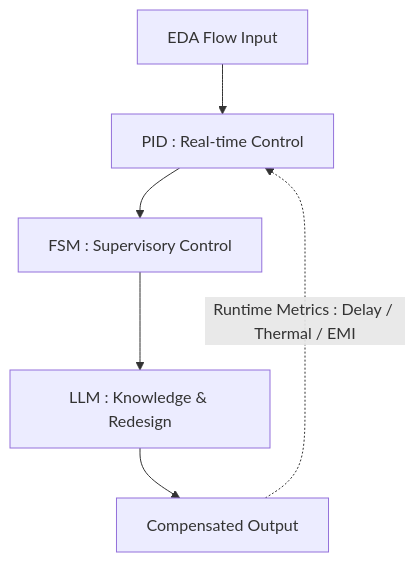
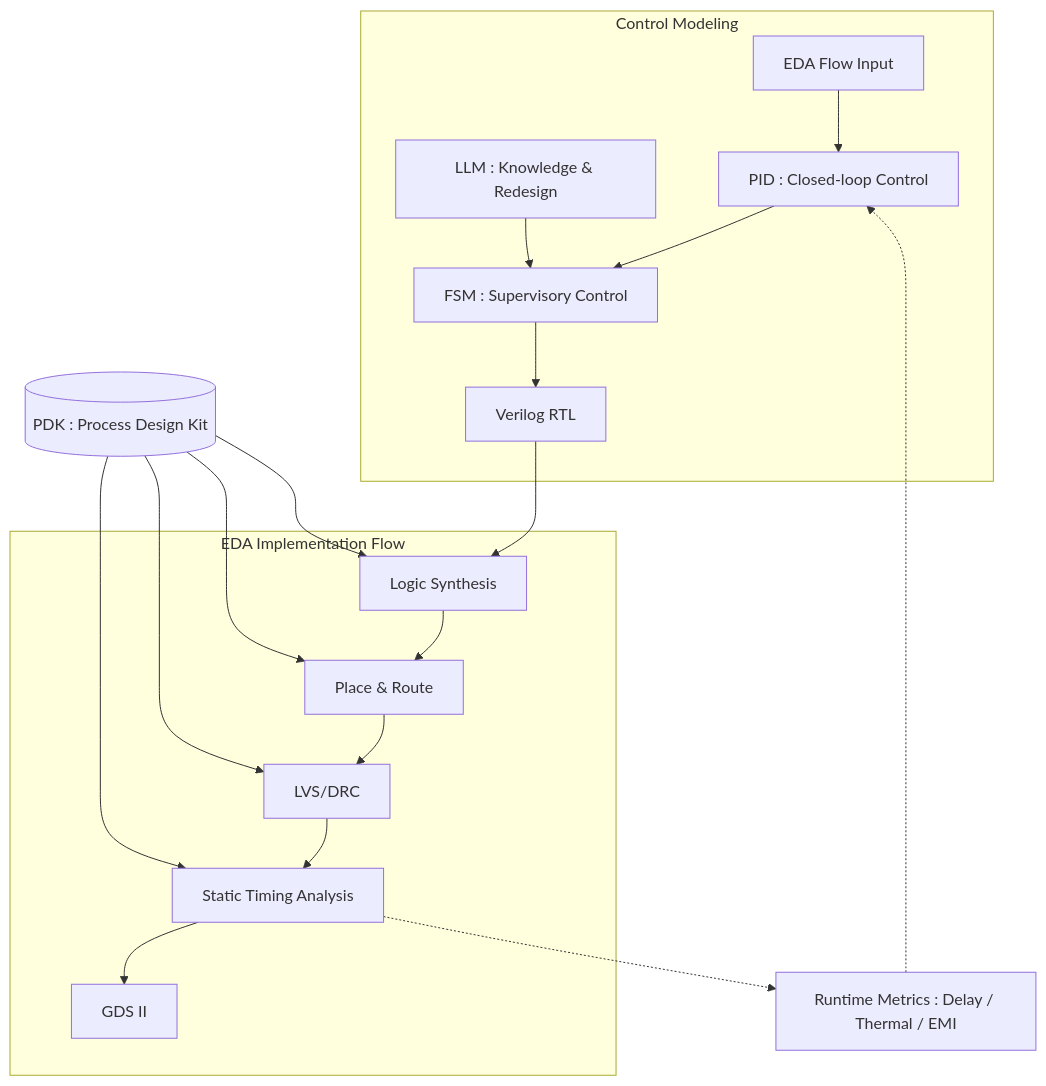
Before and after one commit to Samizo-AITL/Edusemi-v4x: the diagram in f_chapter6_research/README.md, drawn with Mermaid.

````diff
--- a/f_chapter6_research/README.md
+++ b/f_chapter6_research/README.md
@@ -45,10 +45,27 @@
 ```mermaid
 flowchart TB
-    A[EDA Flow Input] --> B[PID : Real-time Control]
-    B --> C[FSM : Supervisory Control]
-    C --> D[LLM : Knowledge & Redesign]
-    D --> E[Compensated Output]
+    subgraph Modeling [Control Modeling]
+        A[EDA Flow Input] --> B[PID : Closed-loop Control]
+        B --> C[FSM : Supervisory Control]
+        F[LLM : Knowledge & Redesign] --> C
+        C --> RTL[Verilog RTL]
+    end
 
-    %% Feedback loop
-    E -.->|Runtime Metrics : Delay / Thermal / EMI| B
+    subgraph EDA [EDA Implementation Flow]
+        RTL --> Synth[Logic Synthesis]
+        Synth --> PnR[Place & Route]
+        PnR --> LVS[LVS/DRC]
+        LVS --> STA[Static Timing Analysis]
+        STA --> GDS[GDS II]
+    end
+
+    %% Feedback loop via Metrics
+    STA -.-> M[Runtime Metrics : Delay / Thermal / EMI]
+    M -.-> B
+
+    %% PDK supports downstream
+    PDK[(PDK : Process Design Kit)] --> Synth
+    PDK --> PnR
+    PDK --> LVS
+    PDK --> STA
 ```
````
